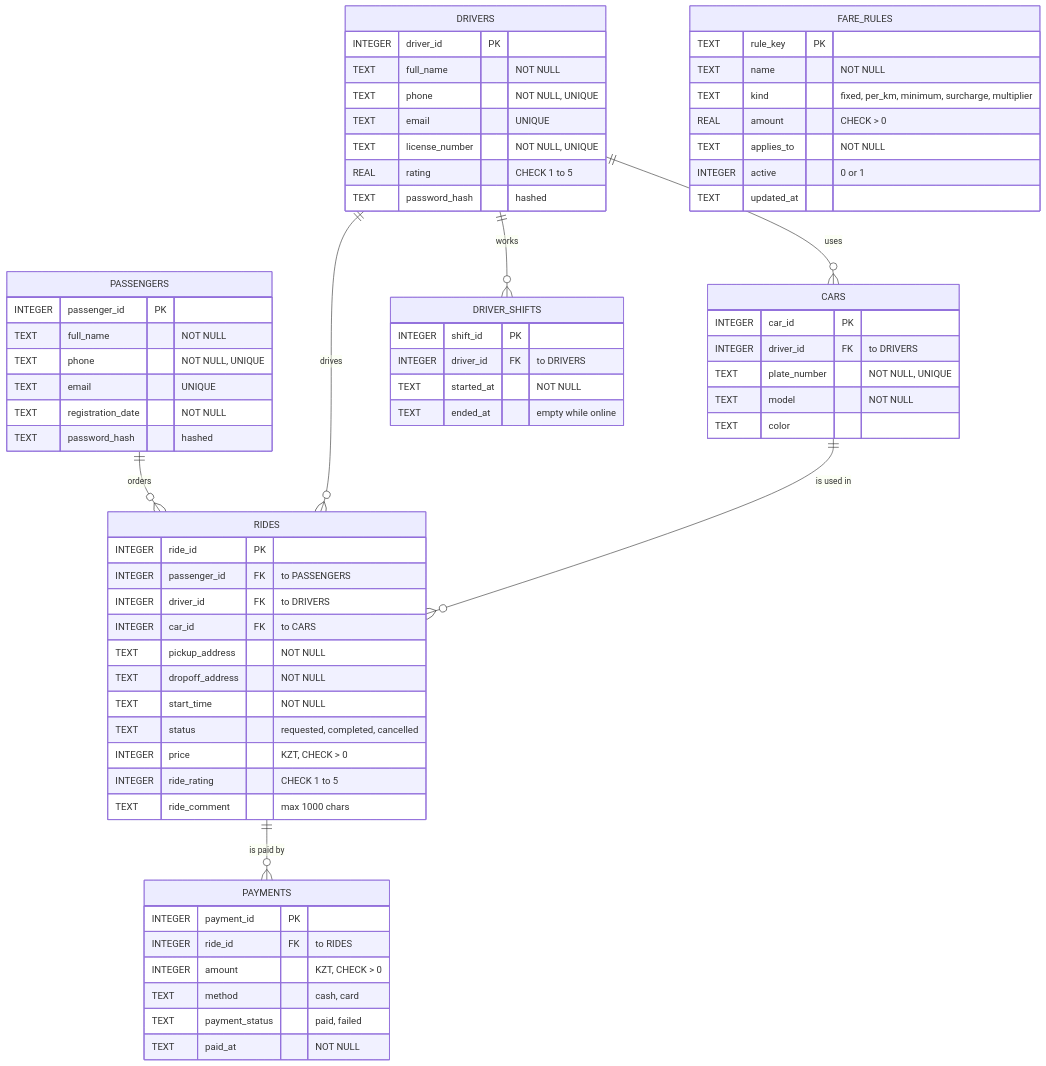
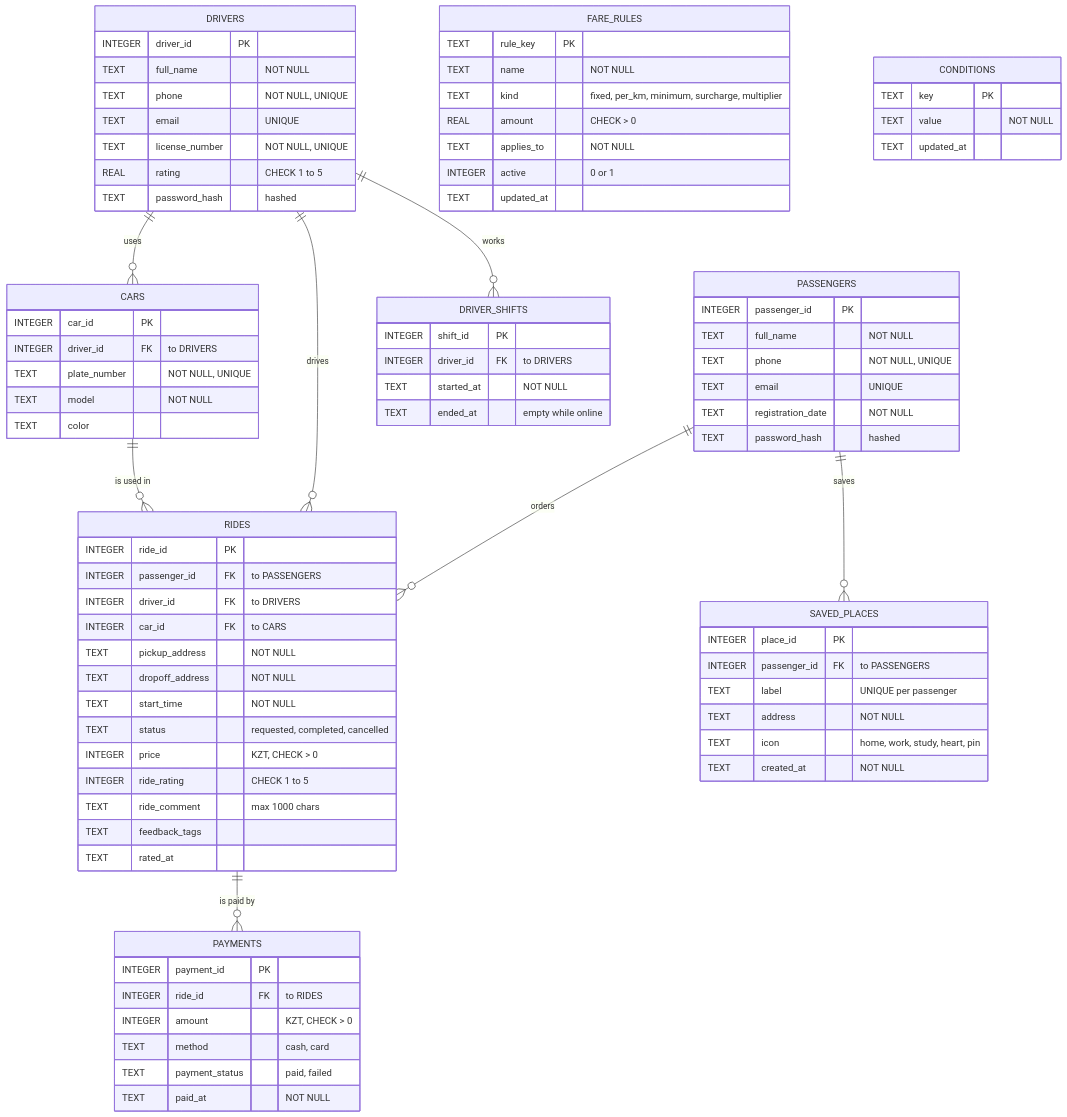
One commit to sabinaibragimova23/mini-taxi-almaty changed the diagram in docs/erd.mmd. Above: the diagram before and after it, drawn with Mermaid. The commit also changed 12 other files, not shown here.

Commit message:
Student 2: saved places migration 008, tests

```diff
--- a/docs/erd.mmd
+++ b/docs/erd.mmd
@@ -1,68 +1,84 @@
 erDiagram
     PASSENGERS ||--o{ RIDES : "orders"
     DRIVERS ||--o{ CARS : "uses"
     DRIVERS ||--o{ RIDES : "drives"
     DRIVERS ||--o{ DRIVER_SHIFTS : "works"
     CARS ||--o{ RIDES : "is used in"
     RIDES ||--o{ PAYMENTS : "is paid by"
+    PASSENGERS ||--o{ SAVED_PLACES : "saves"
 
     PASSENGERS {
         INTEGER passenger_id PK
         TEXT full_name "NOT NULL"
         TEXT phone "NOT NULL, UNIQUE"
         TEXT email "UNIQUE"
         TEXT registration_date "NOT NULL"
         TEXT password_hash "hashed"
     }
     DRIVERS {
         INTEGER driver_id PK
         TEXT full_name "NOT NULL"
         TEXT phone "NOT NULL, UNIQUE"
         TEXT email "UNIQUE"
         TEXT license_number "NOT NULL, UNIQUE"
         REAL rating "CHECK 1 to 5"
         TEXT password_hash "hashed"
     }
     CARS {
         INTEGER car_id PK
         INTEGER driver_id FK "to DRIVERS"
         TEXT plate_number "NOT NULL, UNIQUE"
         TEXT model "NOT NULL"
         TEXT color
     }
     RIDES {
         INTEGER ride_id PK
         INTEGER passenger_id FK "to PASSENGERS"
         INTEGER driver_id FK "to DRIVERS"
         INTEGER car_id FK "to CARS"
         TEXT pickup_address "NOT NULL"
         TEXT dropoff_address "NOT NULL"
         TEXT start_time "NOT NULL"
         TEXT status "requested, completed, cancelled"
         INTEGER price "KZT, CHECK > 0"
         INTEGER ride_rating "CHECK 1 to 5"
         TEXT ride_comment "max 1000 chars"
+        TEXT feedback_tags
+        TEXT rated_at
     }
     PAYMENTS {
         INTEGER payment_id PK
         INTEGER ride_id FK "to RIDES"
         INTEGER amount "KZT, CHECK > 0"
         TEXT method "cash, card"
         TEXT payment_status "paid, failed"
         TEXT paid_at "NOT NULL"
     }
     DRIVER_SHIFTS {
         INTEGER shift_id PK
         INTEGER driver_id FK "to DRIVERS"
         TEXT started_at "NOT NULL"
         TEXT ended_at "empty while online"
     }
     FARE_RULES {
         TEXT rule_key PK
         TEXT name "NOT NULL"
         TEXT kind "fixed, per_km, minimum, surcharge, multiplier"
         REAL amount "CHECK > 0"
         TEXT applies_to "NOT NULL"
         INTEGER active "0 or 1"
         TEXT updated_at
     }
+    CONDITIONS {
+        TEXT key PK
+        TEXT value "NOT NULL"
+        TEXT updated_at
+    }
+    SAVED_PLACES {
+        INTEGER place_id PK
+        INTEGER passenger_id FK "to PASSENGERS"
+        TEXT label "UNIQUE per passenger"
+        TEXT address "NOT NULL"
+        TEXT icon "home, work, study, heart, pin"
+        TEXT created_at "NOT NULL"
+    }
```
